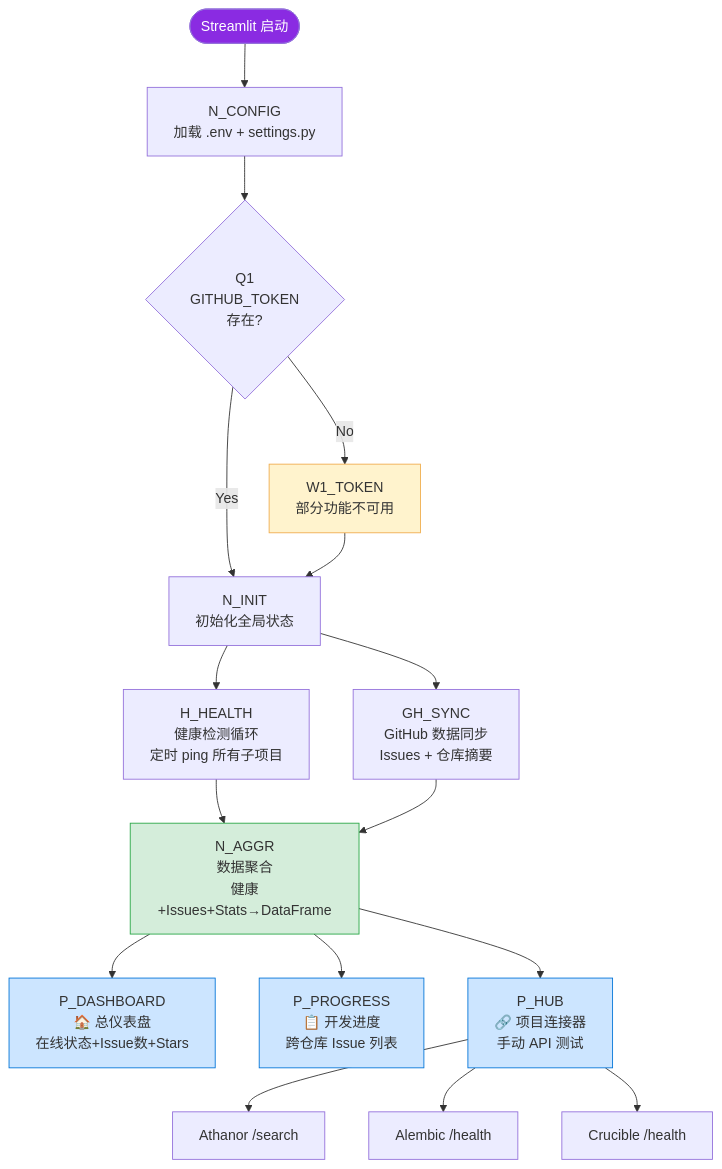
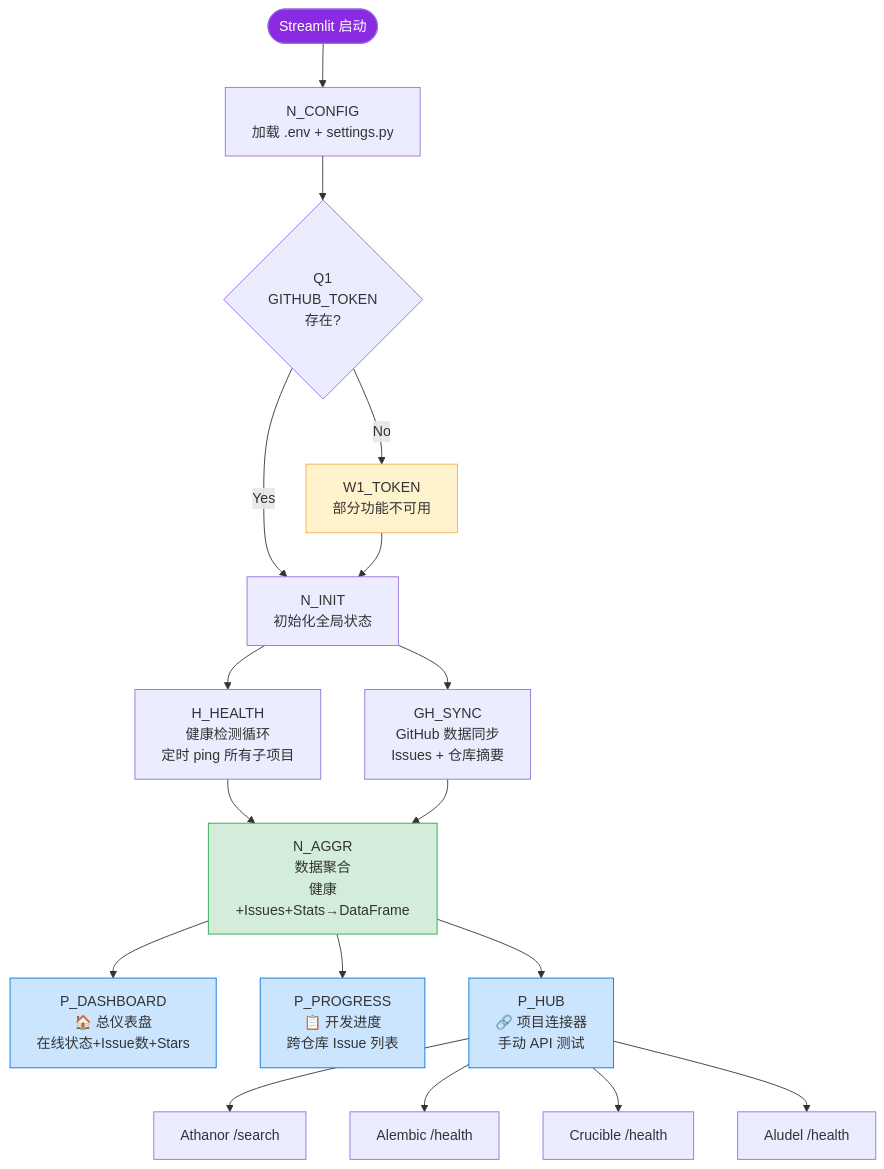
One commit to shiyao222333-afk/opus-magnum changed the diagram in FLOWCHART.md. Above: the diagram before and after it, drawn with Mermaid. The commit also changed other lines of this file, not shown here.

First line of the commit message:
docs: 修正 FLOWCHART.md 端口(Crucible 8503->8501) 并补全第四器 Aludel 节点

````diff
--- a/FLOWCHART.md
+++ b/FLOWCHART.md
@@ -10,31 +10,32 @@
 ```mermaid
 flowchart TB
     Start([Streamlit 启动]) --> Config[N_CONFIG<br/>加载 .env + settings.py]
     Config --> Token{Q1<br/>GITHUB_TOKEN<br/>存在?}
     Token -->|No| NoToken[W1_TOKEN<br/>部分功能不可用]
     Token -->|Yes| Init
 
     NoToken --> Init[N_INIT<br/>初始化全局状态]
 
     Init --> Health[H_HEALTH<br/>健康检测循环<br/>定时 ping 所有子项目]
     Init --> GH[GH_SYNC<br/>GitHub 数据同步<br/>Issues + 仓库摘要]
 
     Health --> Aggr[N_AGGR<br/>数据聚合<br/>健康+Issues+Stats→DataFrame]
 
     GH --> Aggr
 
     Aggr --> Dash[P_DASHBOARD<br/>🏠 总仪表盘<br/>在线状态+Issue数+Stars]
     Aggr --> Progress[P_PROGRESS<br/>📋 开发进度<br/>跨仓库 Issue 列表]
     Aggr --> Hub[P_HUB<br/>🔗 项目连接器<br/>手动 API 测试]
 
     Hub --> AthAPI[Athanor /search]
     Hub --> AleAPI[Alembic /health]
     Hub --> CruAPI[Crucible /health]
+    Hub --> AluAPI[Aludel /health]
 
     style Start fill:#8A2BE2,color:#fff
     style NoToken fill:#fff3cd,stroke:#f0ad4e
     style Aggr fill:#d4edda,stroke:#28a745
     style Dash fill:#cce5ff,stroke:#0275d8
     style Progress fill:#cce5ff,stroke:#0275d8
     style Hub fill:#cce5ff,stroke:#0275d8
 ```
````
